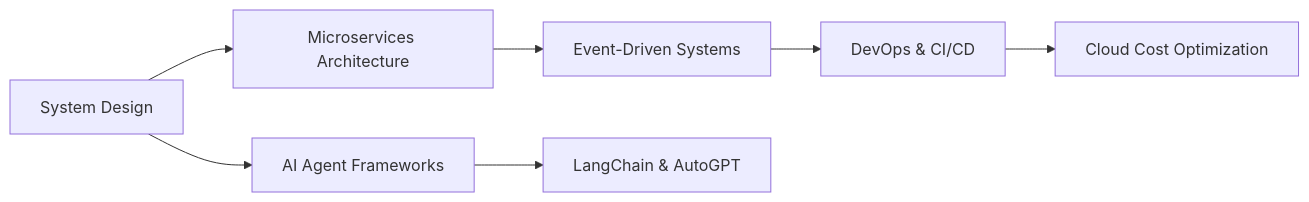
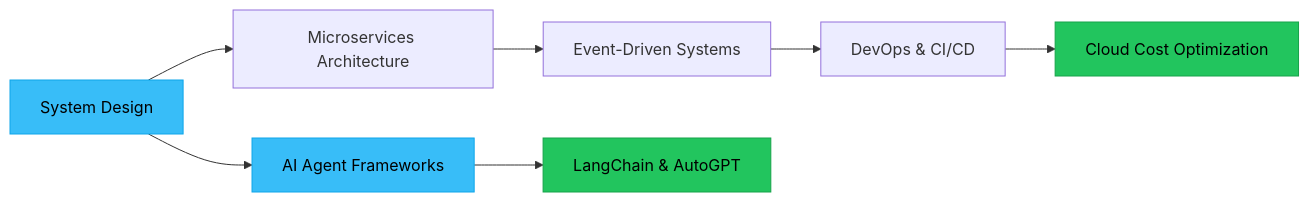
One commit to Itinerant18/Itinerant18 changed the diagram in README.md. Above: the diagram before and after it, drawn with Mermaid. The commit also changed other lines of this file, not shown here.

````diff
--- a/README.md
+++ b/README.md
@@ -155,9 +212,14 @@
 ```mermaid
 graph LR
     A[System Design] --> B[Microservices Architecture]
     B --> C[Event-Driven Systems]
     A --> D[AI Agent Frameworks]
     D --> E[LangChain & AutoGPT]
     C --> F[DevOps & CI/CD]
     F --> G[Cloud Cost Optimization]
+    
+    style A fill:#38bdf8,stroke:#0ea5e9,color:#000
+    style D fill:#38bdf8,stroke:#0ea5e9,color:#000
+    style E fill:#22c55e,stroke:#16a34a,color:#000
+    style G fill:#22c55e,stroke:#16a34a,color:#000
 ```
````
